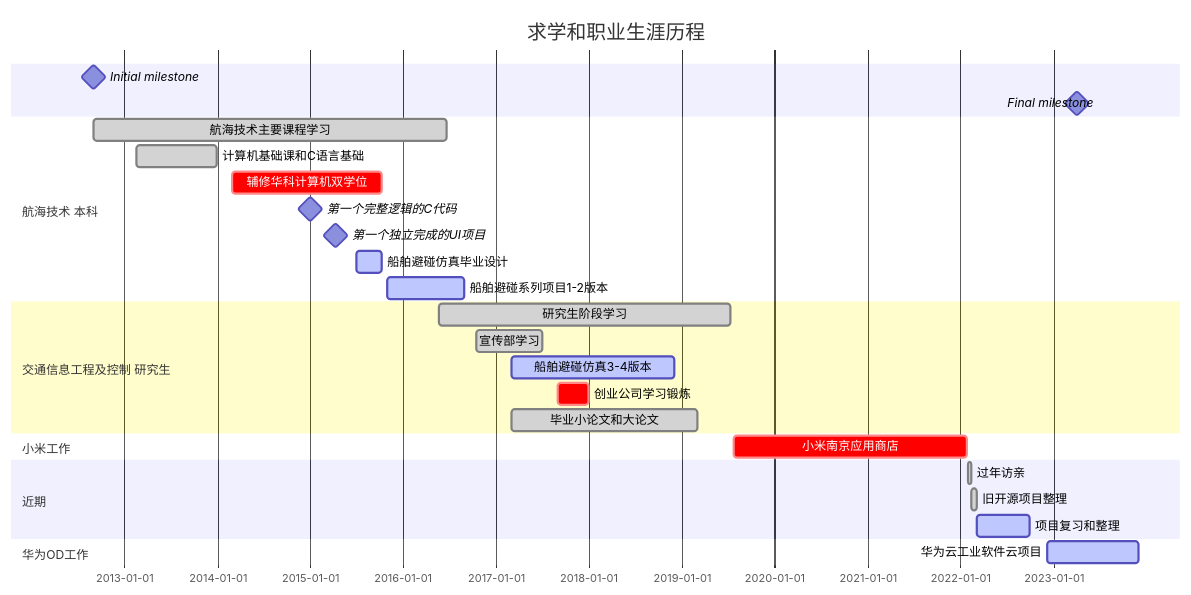
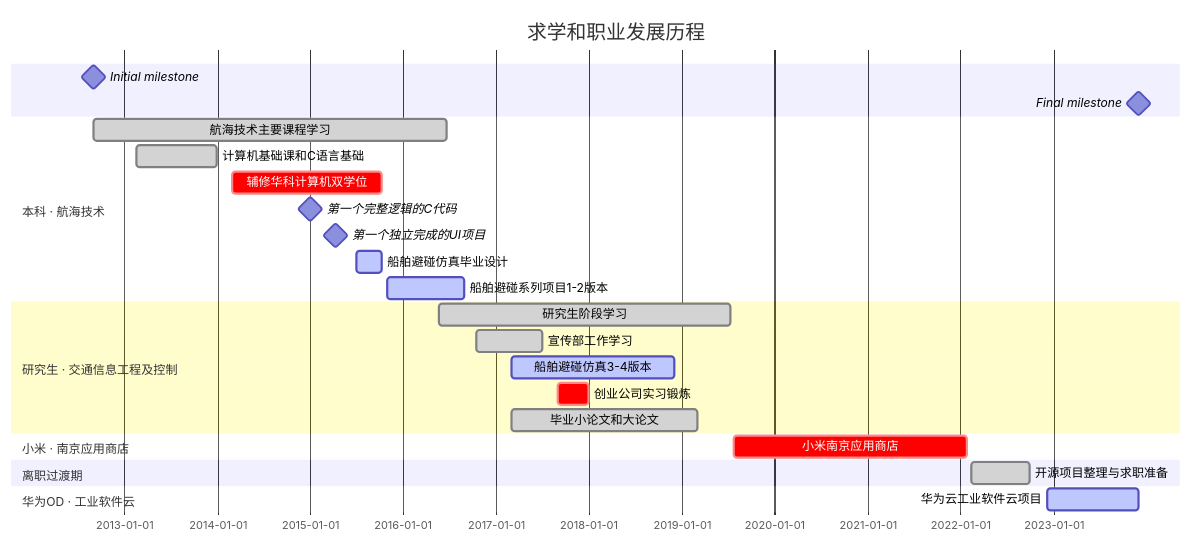
The diagram in docs/daily/summary.md (NAVERON/naveron.github.io), drawn with Mermaid before and after one commit. The commit also changed other lines of this file and 7 other files, not shown here.

````diff
--- a/docs/daily/summary.md
+++ b/docs/daily/summary.md
@@ -17,30 +51,28 @@
 ```mermaid
 gantt
     dateFormat    YYYY-MM-DD
     axisFormat    %Y-%m-%d
-    title    求学和职业生涯历程
+    title    求学和职业发展历程
     Initial milestone : milestone, initial, 2012-09-01, 1min
-    Final milestone : milestone, final, 2023-04-01, 1min
-    section 航海技术 本科
+    Final milestone : milestone, final, 2023-12-01, 1min
+    section 本科 · 航海技术
     航海技术主要课程学习 :done, major, 2012-09-01, 2016-06-20
     计算机基础课和C语言基础 :done, basic, 2013-02-15, 2013-12-30
     辅修华科计算机双学位 :crit, minor, 2014-03-01, 2015-10-10
     第一个完整逻辑的C代码 :milestone, firstCmd, 2014-12-30, 1min
     第一个独立完成的UI项目 :milestone, firstProject, 2015-04-10, 1min
     船舶避碰仿真毕业设计 :active, codeBegin, 2015-07-01, 2015-10-10
     船舶避碰系列项目1-2版本 :active, 2015-11-01, 2016-08-30
-    section 交通信息工程及控制 研究生
+    section 研究生 · 交通信息工程及控制
     研究生阶段学习 :done, searchBegin, 2016-05-20, 2019-07-10
-    宣传部学习 :done, psLearning, 2016-10-15, 2017-07-01
+    宣传部工作学习 :done, psLearning, 2016-10-15, 2017-07-01
     船舶避碰仿真3-4版本 :active, simulationUpdate, 2017-03-01, 2018-12-01
-    创业公司学习锻炼 :crit, exercitation, 2017-09-01, 2017-12-30
+    创业公司实习锻炼 :crit, exercitation, 2017-09-01, 2017-12-30
     毕业小论文和大论文 :done, granduated, 2017-03-01, 2019-03-01
-    section 小米工作
+    section 小米 · 南京应用商店
     小米南京应用商店 :crit, firstWork, 2019-07-22, 2022-01-27
-    section 近期
-    过年访亲 :done, home, 2022-01-29, 2022-02-10
-    旧开源项目整理 :done, openSource, 2022-02-10, 2022-03-06
-    项目复习和整理 :active, forJob, 2022-03-07, 2022-10-01
-    section 华为OD工作
+    section 离职过渡期
+    开源项目整理与求职准备 :done, openSource, 2022-02-10, 2022-10-01
+    section 华为OD · 工业软件云
     华为云工业软件云项目 :active, forDev, 2022-12-08, 2023-12-01
 ```
````
